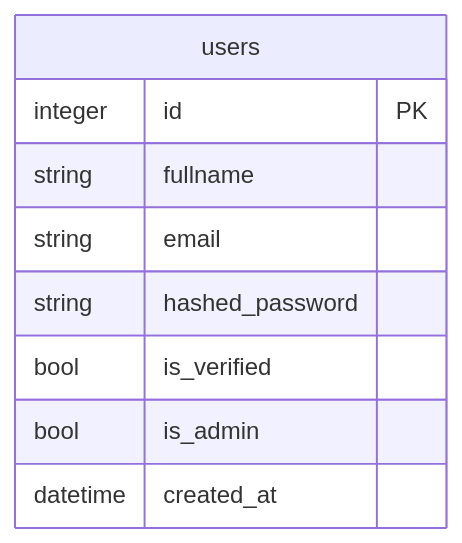
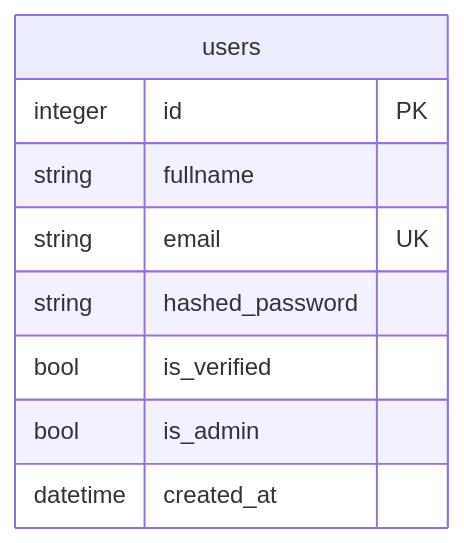
The diagram in backend/docs/architecture/data_model.md (Daniil-Solo/Saas-Template), drawn with Mermaid before and after one commit. The commit also changed other lines of this file and 79 other files, not shown here.

````diff
--- a/backend/docs/architecture/data_model.md
+++ b/backend/docs/architecture/data_model.md
@@ -7,12 +7,12 @@
 ```mermaid
 erDiagram
     users {
         integer id PK
         string fullname
-        string email
+        string email UK
         string hashed_password
         bool is_verified
         bool is_admin
         datetime created_at
     }
 ```
````
